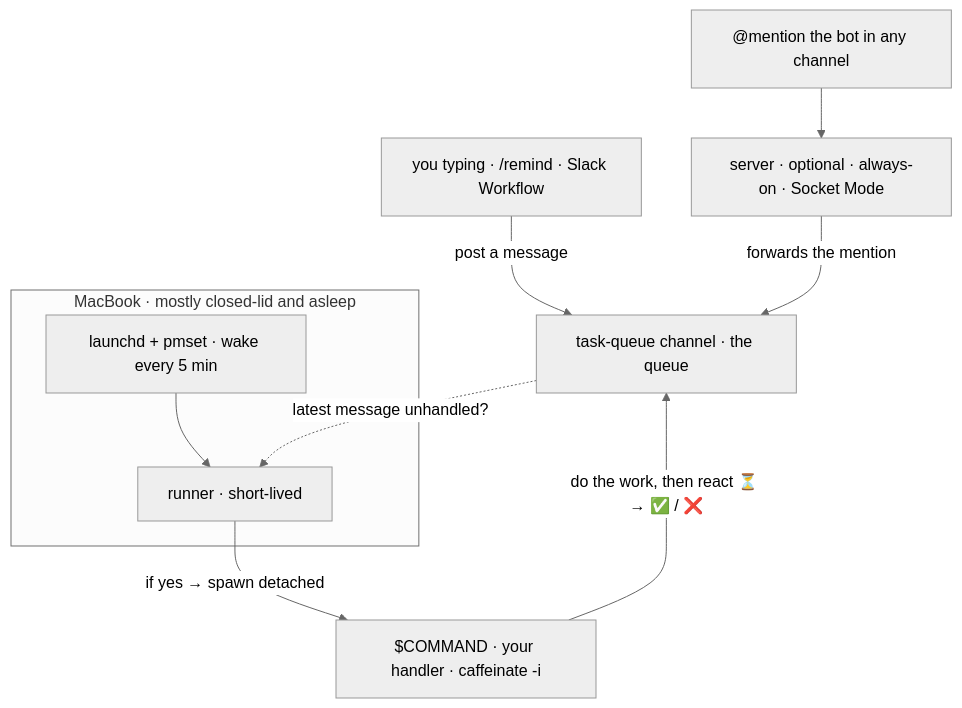
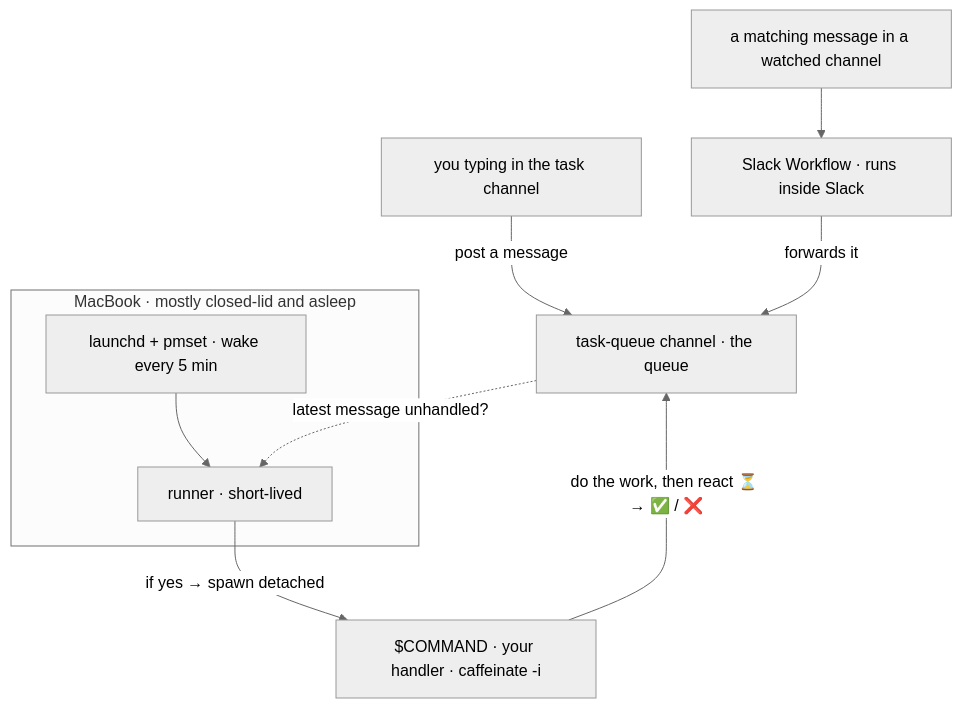
Before and after one commit to Jin5823/clamshell-taskq: the diagram in README.md, drawn with Mermaid (neutral theme). The commit also changed other lines of this file and 3 other files, not shown here.

First line of the commit message:
feat!: drop the server, ingest through a Slack Workflow

````diff
--- a/README.md
+++ b/README.md
@@ -19,14 +19,14 @@
 ```mermaid
 flowchart TD
-    F["you typing · /remind · Slack Workflow"] -->|"post a message"| Q["task-queue channel · the queue"]
-    A["@mention the bot in any channel"] --> S["server · optional · always-on · Socket Mode"]
-    S -->|"forwards the mention"| Q
+    F["you typing in the task channel"] -->|"post a message"| Q["task-queue channel · the queue"]
+    A["a matching message in a watched channel"] --> S["Slack Workflow · runs inside Slack"]
+    S -->|"forwards it"| Q
 
     subgraph Mac["MacBook · mostly closed-lid and asleep"]
       W["launchd + pmset · wake every 5 min"] --> R["runner · short-lived"]
     end
 
     Q -.->|"latest message unhandled?"| R
     R -->|"if yes → spawn detached"| C["$COMMAND · your handler · caffeinate -i"]
     C -->|"do the work, then react ⏳ → ✅ / ❌"| Q
 ```
````
